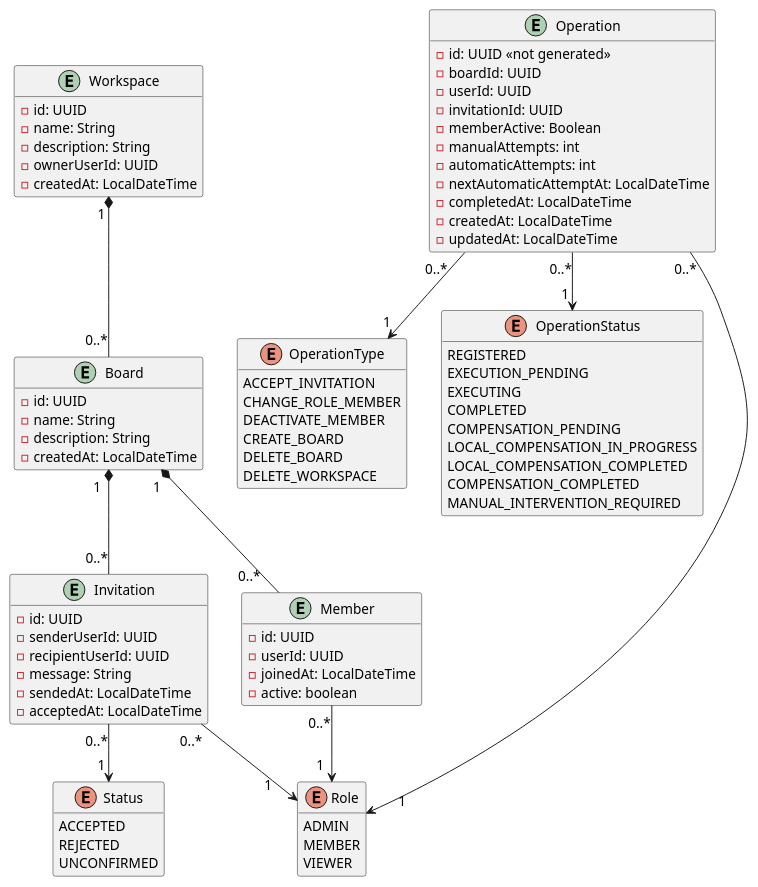
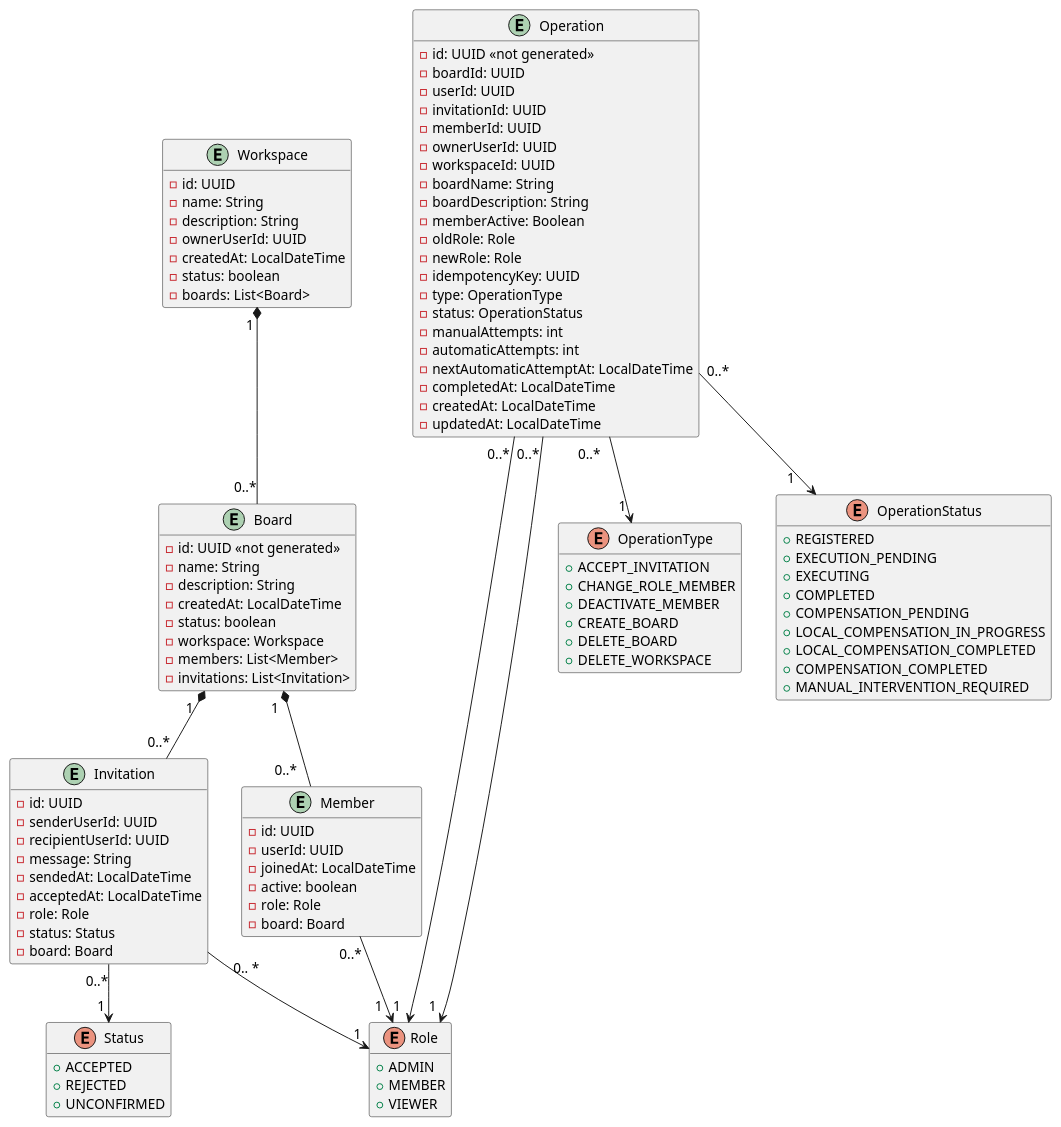
One commit to ArmandoEnrique1010K/TrelloMicroservices changed the diagram in assets/Project_diagram.puml. Above: the diagram before and after it, drawn with PlantUML. The commit also changed 6 other files, not shown here.

Commit message:
Actualice los diagramas UML de los 3 microservicios

```diff
--- a/assets/Project_diagram.puml
+++ b/assets/Project_diagram.puml
@@ -1,98 +1,122 @@
 @startuml Project
 hide methods
 skinparam ArrowFontSize 14
 
 entity Workspace {
     - id: UUID
     - name: String
     - description: String
     - ownerUserId: UUID
     - createdAt: LocalDateTime
+    - status: boolean
+    - boards: List<Board>
 }
 
 entity Board {
-    - id: UUID
+    - id: UUID <<not generated>>
     - name: String
     - description: String
     - createdAt: LocalDateTime
+    - status: boolean
+    - workspace: Workspace
+    - members: List<Member>
+    - invitations: List<Invitation>
 }
 
 entity Invitation {
     - id: UUID
     - senderUserId: UUID
     - recipientUserId: UUID
     - message: String
     - sendedAt: LocalDateTime
     - acceptedAt: LocalDateTime
+    - role: Role
+    - status: Status
+    - board: Board
 }
 
 entity Member {
     - id: UUID
     - userId: UUID
     - joinedAt: LocalDateTime
     - active: boolean
+    - role: Role
+    - board: Board
 }
 
 enum Role {
-    ADMIN
-    MEMBER
-    VIEWER
+    + ADMIN
+    + MEMBER
+    + VIEWER
 }
 
 enum Status {
-    ACCEPTED
-    REJECTED
-    UNCONFIRMED
+    + ACCEPTED
+    + REJECTED
+    + UNCONFIRMED
 }
 
 entity Operation {
   - id: UUID <<not generated>>
   'Datos necesarios
   - boardId: UUID
   - userId: UUID
   - invitationId: UUID
+  - memberId: UUID
+  - ownerUserId: UUID
+  - workspaceId: UUID
+  - boardName: String 
+  - boardDescription: String
   'Se utiliza Boolean para poder establecer el valor "null" aparte de true o false
   - memberActive: Boolean
+  'Rol antiguo y nuevo
+  - oldRole: Role
+  - newRole: Role
+  'Clave enviada desde el frontend
+  - idempotencyKey: UUID
+  - type: OperationType
+  - status: OperationStatus
   'Ambos son de tipo entero, no pueden ser "null"
   - manualAttempts: int
   - automaticAttempts: int
   - nextAutomaticAttemptAt: LocalDateTime
   - completedAt: LocalDateTime
   - createdAt: LocalDateTime
   - updatedAt: LocalDateTime
 }
 
 enum OperationType {
-  ACCEPT_INVITATION
-  CHANGE_ROLE_MEMBER
-  DEACTIVATE_MEMBER
-  CREATE_BOARD
-  DELETE_BOARD
-  DELETE_WORKSPACE
+  + ACCEPT_INVITATION
+  + CHANGE_ROLE_MEMBER
+  + DEACTIVATE_MEMBER
+  + CREATE_BOARD
+  + DELETE_BOARD
+  + DELETE_WORKSPACE
 }
 
 
 enum OperationStatus {
-  REGISTERED
-  EXECUTION_PENDING
-  EXECUTING
-  COMPLETED
-  COMPENSATION_PENDING
-  LOCAL_COMPENSATION_IN_PROGRESS
-  LOCAL_COMPENSATION_COMPLETED
-  COMPENSATION_COMPLETED
-  MANUAL_INTERVENTION_REQUIRED
+  + REGISTERED
+  + EXECUTION_PENDING
+  + EXECUTING
+  + COMPLETED
+  + COMPENSATION_PENDING
+  + LOCAL_COMPENSATION_IN_PROGRESS
+  + LOCAL_COMPENSATION_COMPLETED
+  + COMPENSATION_COMPLETED
+  + MANUAL_INTERVENTION_REQUIRED
 }
 
 Workspace "1 " *-- "0..*" Board
 Board " 1  " *-- "0..*   " Member
 Board "1  " *-- "0..*" Invitation
 Member "0..*" --> "1  " Role
-Invitation "0..*  " --> "1     " Role
+Invitation "     0.. *" --> " 1" Role
 Invitation "0..*" --> "1 " Status
 
 Operation "0..*   " --> "1 " OperationType
-Operation "0..*" --> "1 " OperationStatus
-Operation "0..*" ----> "       1  " Role
+Operation "0..*" --> "1    " OperationStatus
+Operation "0..* " ----> "1  " Role
+Operation "0..* " ----> "1  " Role
 
 @enduml
```
